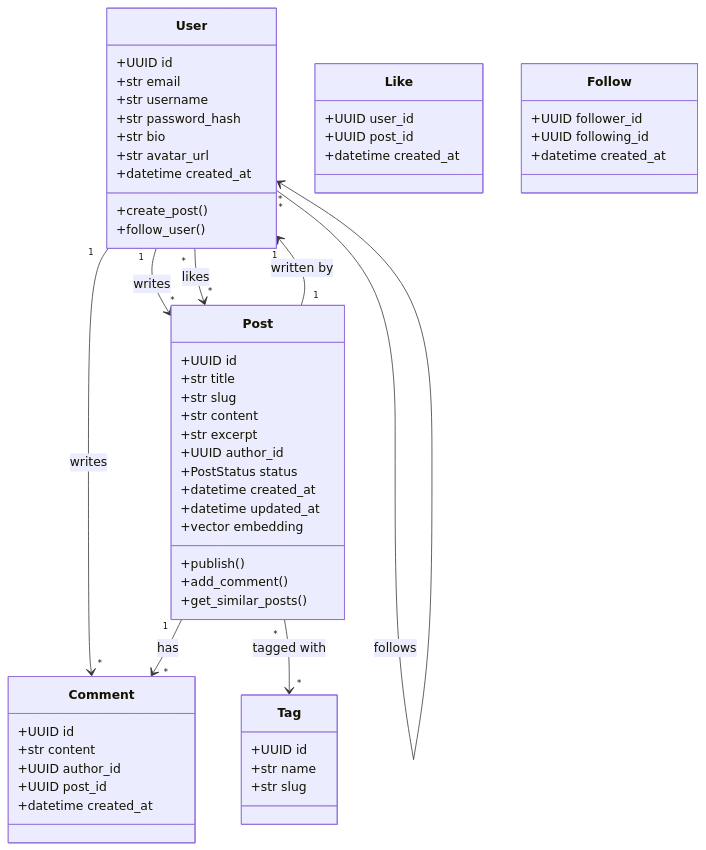
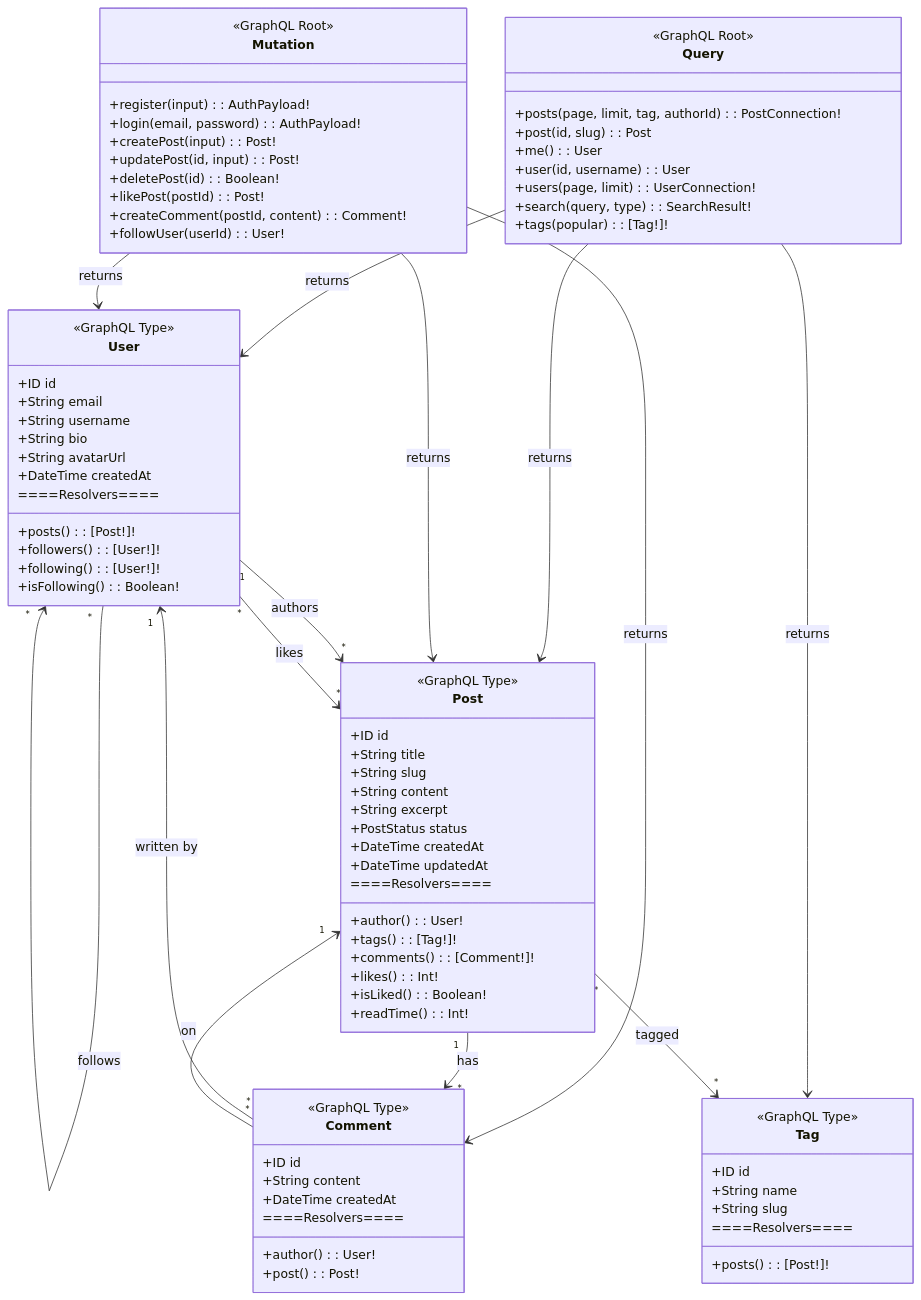
Before and after one commit to twtrubiks/graphql-python-blog: the fourth of 7 diagrams in docs/architecture.md, drawn with Mermaid. The commit also changed other lines of this file and 7 other files, not shown here.

First line of the commit message:
初始化 GraphQL Python Blog 專案架構

````diff
--- a/docs/architecture.md
+++ b/docs/architecture.md
@@ -162,64 +172,94 @@
 ```mermaid
 classDiagram
+    class Query {
+        <<GraphQL Root>>
+        +posts(page, limit, tag, authorId): PostConnection!
+        +post(id, slug): Post
+        +me(): User
+        +user(id, username): User
+        +users(page, limit): UserConnection!
+        +search(query, type): SearchResult!
+        +tags(popular): [Tag!]!
+    }
+
+    class Mutation {
+        <<GraphQL Root>>
+        +register(input): AuthPayload!
+        +login(email, password): AuthPayload!
+        +createPost(input): Post!
+        +updatePost(id, input): Post!
+        +deletePost(id): Boolean!
+        +likePost(postId): Post!
+        +createComment(postId, content): Comment!
+        +followUser(userId): User!
+    }
+
     class User {
-        +UUID id
-        +str email
-        +str username
-        +str password_hash
-        +str bio
-        +str avatar_url
-        +datetime created_at
-        +create_post()
-        +follow_user()
+        <<GraphQL Type>>
+        +ID id
+        +String email
+        +String username
+        +String bio
+        +String avatarUrl
+        +DateTime createdAt
+        ====Resolvers====
+        +posts(): [Post!]!
+        +followers(): [User!]!
+        +following(): [User!]!
+        +isFollowing(): Boolean!
     }
 
     class Post {
-        +UUID id
-        +str title
-        +str slug
-        +str content
-        +str excerpt
-        +UUID author_id
+        <<GraphQL Type>>
+        +ID id
+        +String title
+        +String slug
+        +String content
+        +String excerpt
         +PostStatus status
-        +datetime created_at
-        +datetime updated_at
-        +vector embedding
-        +publish()
-        +add_comment()
-        +get_similar_posts()
+        +DateTime createdAt
+        +DateTime updatedAt
+        ====Resolvers====
+        +author(): User!
+        +tags(): [Tag!]!
+        +comments(): [Comment!]!
+        +likes(): Int!
+        +isLiked(): Boolean!
+        +readTime(): Int!
     }
 
     class Comment {
-        +UUID id
-        +str content
-        +UUID author_id
-        +UUID post_id
-        +datetime created_at
+        <<GraphQL Type>>
+        +ID id
+        +String content
+        +DateTime createdAt
+        ====Resolvers====
+        +author(): User!
+        +post(): Post!
     }
 
     class Tag {
-        +UUID id
-        +str name
-        +str slug
+        <<GraphQL Type>>
+        +ID id
+        +String name
+        +String slug
+        ====Resolvers====
+        +posts(): [Post!]!
     }
 
-    class Like {
-        +UUID user_id
-        +UUID post_id
-        +datetime created_at
-    }
+    Query --> User : returns
+    Query --> Post : returns
+    Query --> Tag : returns
+    
+    Mutation --> User : returns
+    Mutation --> Post : returns
+    Mutation --> Comment : returns
 
-    class Follow {
-        +UUID follower_id
-        +UUID following_id
-        +datetime created_at
-    }
-
-    User "1" --> "*" Post : writes
-    User "1" --> "*" Comment : writes
+    User "1" --> "*" Post : authors
     User "*" --> "*" User : follows
     User "*" --> "*" Post : likes
     Post "1" --> "*" Comment : has
-    Post "*" --> "*" Tag : tagged with
-    Post "1" --> "1" User : written by
+    Post "*" --> "*" Tag : tagged
+    Comment "*" --> "1" User : written by
+    Comment "*" --> "1" Post : on
 ```
````
